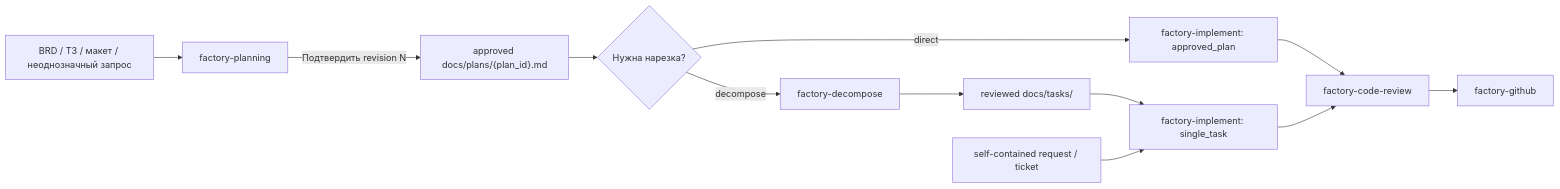
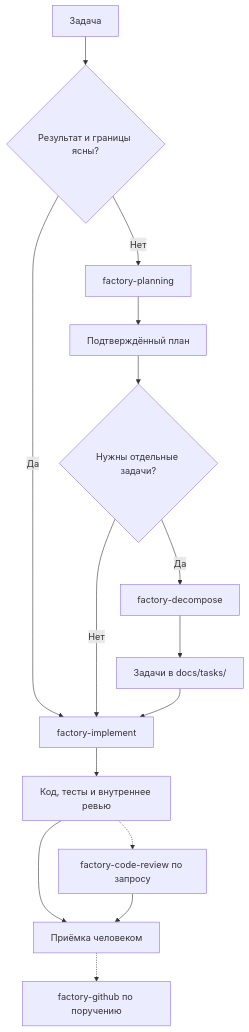
Before and after one commit to Overman775/anistar-tv_ai-software-factory: the diagram in docs/07_ai_tooling.md, drawn with Mermaid. The commit also changed other lines of this file and 44 other files, not shown here.

````diff
--- a/docs/07_ai_tooling.md
+++ b/docs/07_ai_tooling.md
@@ -39,23 +136,17 @@
 ```mermaid
-flowchart LR
-    Requirements["BRD / ТЗ / макет / неоднозначный запрос"]
-    Planning["factory-planning"]
-    Approved["approved docs/plans/{plan_id}.md"]
-    Choice{"Нужна нарезка?"}
-    Decompose["factory-decompose"]
-    Tasks["reviewed docs/tasks/"]
-    Direct["self-contained request / ticket"]
-    DevPlan["factory-implement: approved_plan"]
-    DevTask["factory-implement: single_task"]
-    Review["factory-code-review"]
-    GitHub["factory-github"]
-
-    Requirements --> Planning -->|"Подтвердить revision N"| Approved --> Choice
-    Choice -->|"decompose"| Decompose --> Tasks
-    Tasks --> DevTask
-    Choice -->|"direct"| DevPlan
-    Direct --> DevTask
-    DevPlan --> Review
-    DevTask --> Review
-    Review --> GitHub
+flowchart TD
+    Request["Задача"] --> Choice{"Результат и границы ясны?"}
+    Choice -->|Да| Implement["factory-implement"]
+    Choice -->|Нет| Planning["factory-planning"]
+    Planning --> Plan["Подтверждённый план"]
+    Plan --> Split{"Нужны отдельные задачи?"}
+    Split -->|Нет| Implement
+    Split -->|Да| Decompose["factory-decompose"]
+    Decompose --> Tasks["Задачи в docs/tasks/"]
+    Tasks --> Implement
+    Implement --> Result["Код, тесты и внутреннее ревью"]
+    Result --> Human["Приёмка человеком"]
+    Result -.-> Review["factory-code-review по запросу"]
+    Review --> Human
+    Human -.-> GitHub["factory-github по поручению"]
 ```
````
